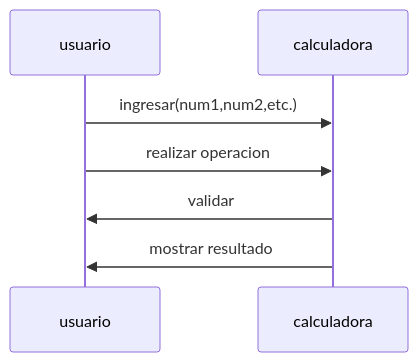
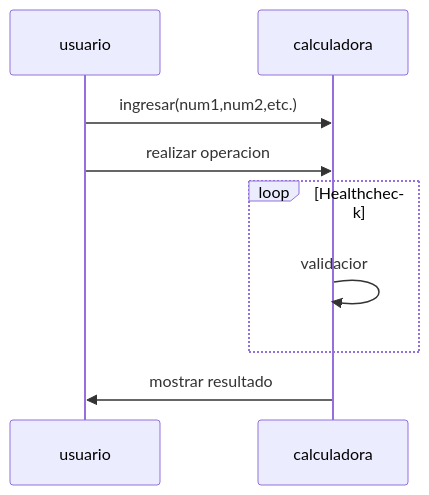
One commit to PaolaVPV/diagrama changed the diagram in README.md. Above: the diagram before and after it, drawn with Mermaid.

````diff
--- a/README.md
+++ b/README.md
@@ -3,9 +3,11 @@
 ```mermaid
 sequenceDiagram
     usuario->>calculadora:ingresar(num1,num2,etc.)
     usuario->>calculadora:realizar operacion
-    calculadora->>usuario:validar 
+    loop Healthcheck
+        calculadora->>calculadora: validacior
+    end
     calculadora->>usuario:mostrar resultado
     
     
 ```
````
